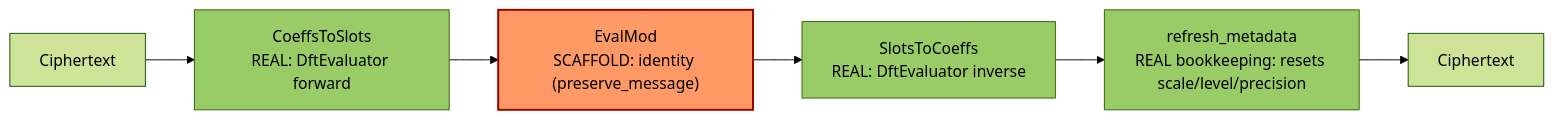
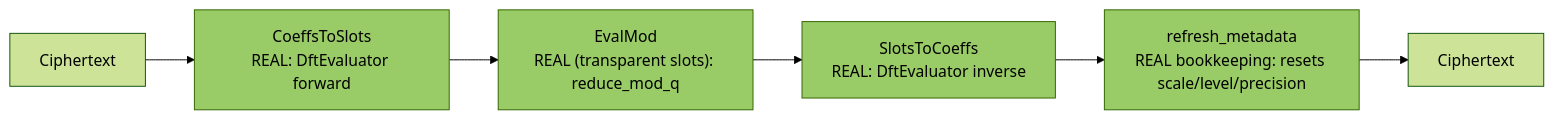
The first of 2 diagrams in docs/technical-manual.md (ultravioletrs/phantom-fhe), drawn with Mermaid (forest theme) before and after one commit. The commit also changed other lines of this file and 7 other files, not shown here.

````diff
--- a/docs/technical-manual.md
+++ b/docs/technical-manual.md
@@ -131,13 +131,13 @@
 ```mermaid
 flowchart LR
     IN["Ciphertext"] --> C2S["CoeffsToSlots<br/>REAL: DftEvaluator forward"]
-    C2S --> EM["EvalMod<br/>SCAFFOLD: identity (preserve_message)"]
+    C2S --> EM["EvalMod<br/>REAL (transparent slots): reduce_mod_q"]
     EM --> S2C["SlotsToCoeffs<br/>REAL: DftEvaluator inverse"]
     S2C --> RM["refresh_metadata<br/>REAL bookkeeping: resets scale/level/precision"]
     RM --> OUT["Ciphertext"]
 
-    style EM fill:#f96,stroke:#900,stroke-width:2px
+    style EM fill:#9c6,stroke:#360,stroke-width:1px
     style RM fill:#9c6,stroke:#360,stroke-width:1px
     style C2S fill:#9c6,stroke:#360,stroke-width:1px
     style S2C fill:#9c6,stroke:#360,stroke-width:1px
 ```
````
